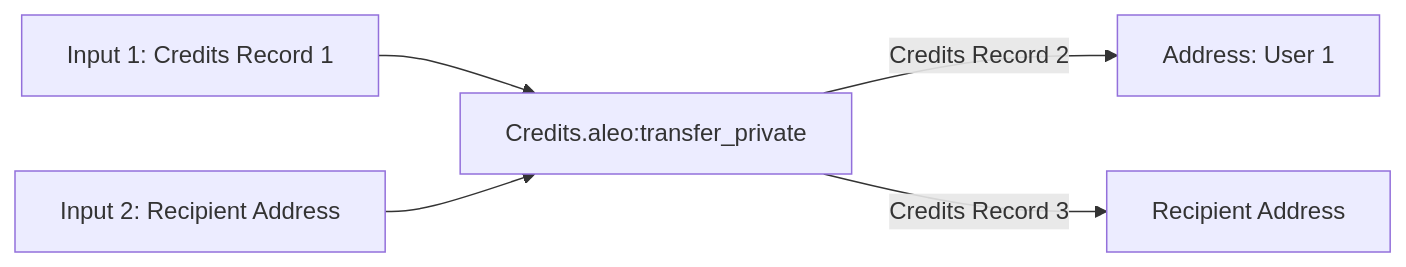
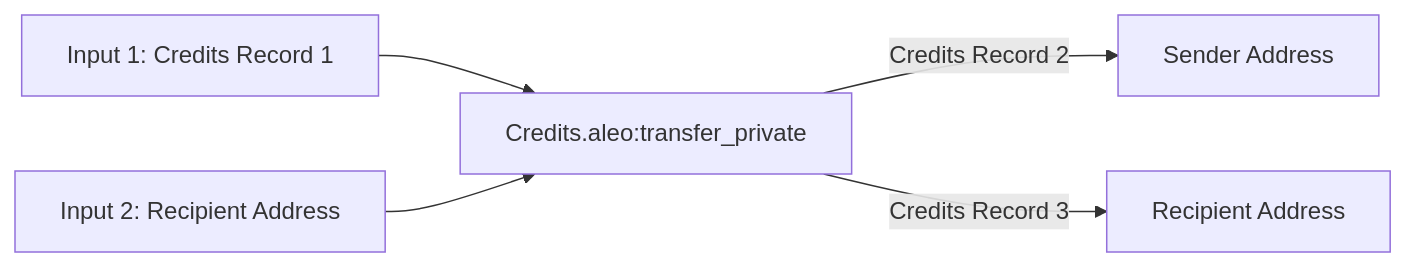
The sixth of 7 diagrams in sdk/README.md (ProvableHQ/sdk), drawn with Mermaid before and after one commit. The commit also changed other lines of this file and 2 other files, not shown here.

````diff
--- a/sdk/README.md
+++ b/sdk/README.md
@@ -876,9 +878,9 @@
 ```mermaid
 graph LR
-    User1[Address: User 1]
+    User1[Sender Address]
     i1[Input 1: Credits Record 1]-->p1
     i2[Input 2: Recipient Address]-->p1
     p1[Credits.aleo:transfer_private]
     p1--Credits Record 2-->User1
     p1--Credits Record 3-->R1[Recipient Address]
 ```
````
